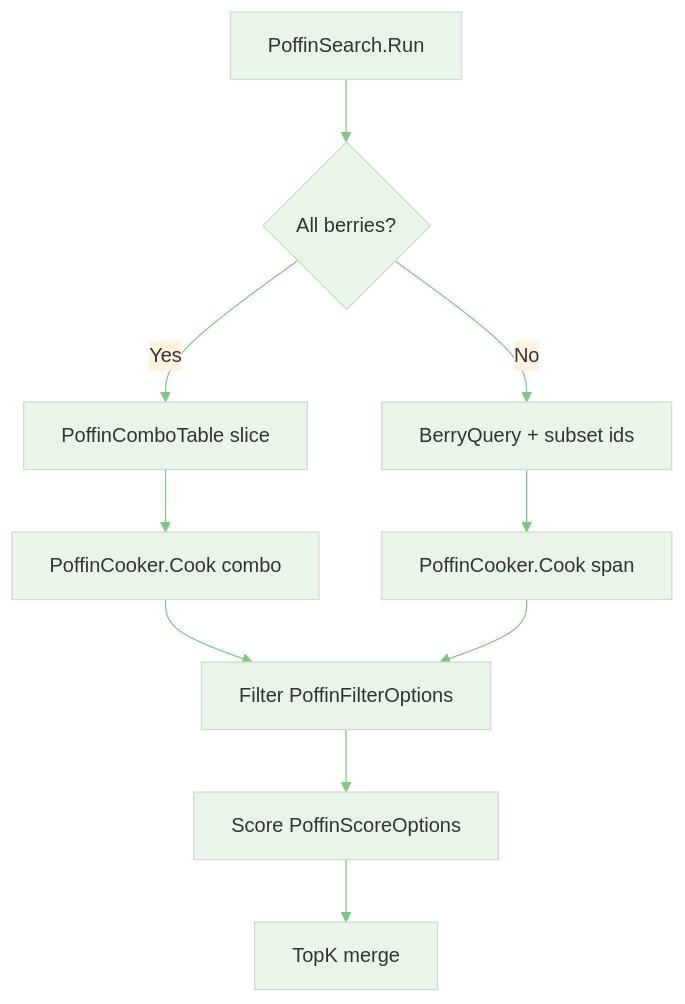
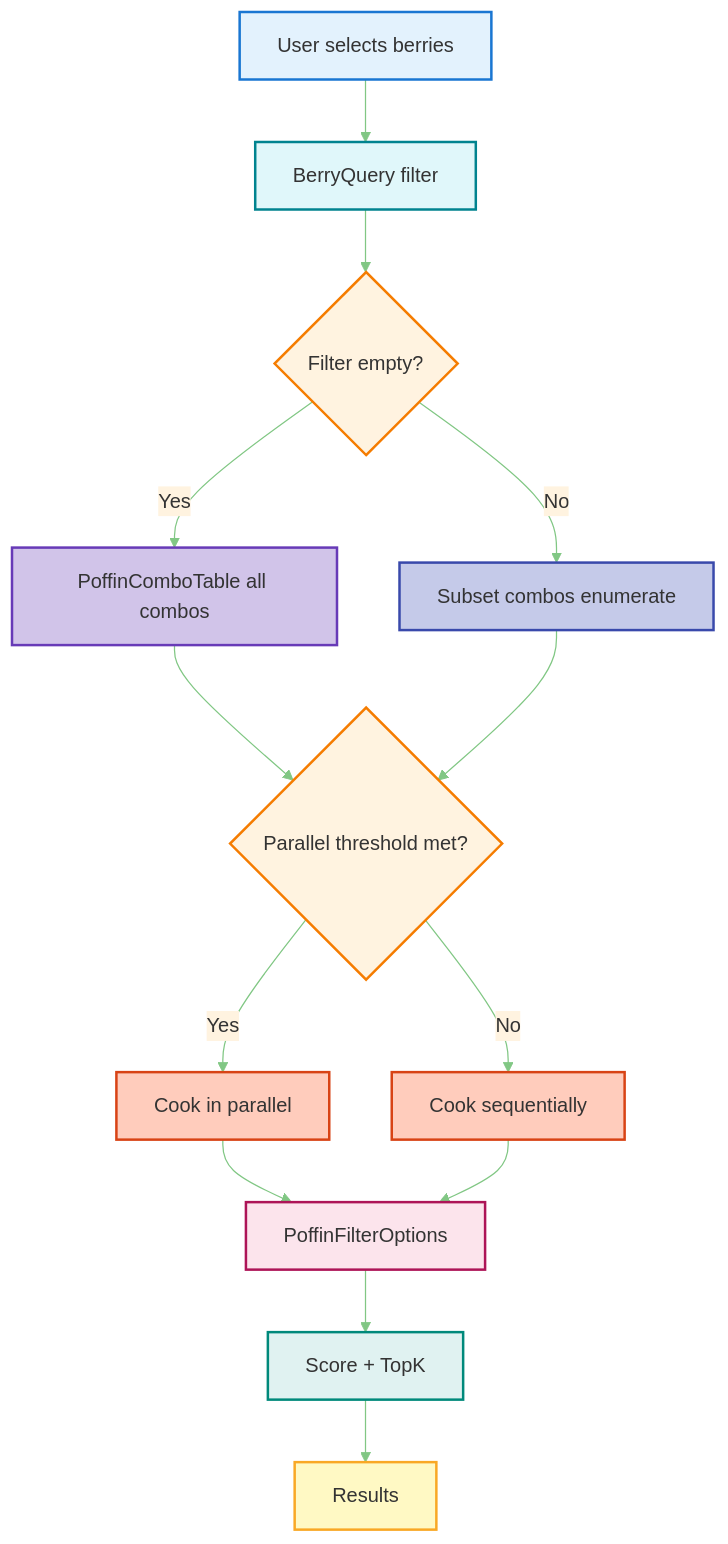
One commit to GlassToeStudio/BDSP changed the third of 4 diagrams in docs/API.Flows.md. Above: the diagram before and after it, drawn with Mermaid. The commit also changed other lines of this file, not shown here.

Commit message:
colorize and arrange diagram.

````diff
--- a/docs/API.Flows.md
+++ b/docs/API.Flows.md
@@ -41,14 +45,29 @@
 ```mermaid
 %%{init: {'theme':'base', 'themeVariables': { 'primaryColor':'#e8f5e9','secondaryColor':'#fff3e0','tertiaryColor':'#e1f5fe', 'lineColor':'#81c784'}, 'themeCSS': '.flowchart-link { stroke-width: 2.5px !important; }'}}%%
 
 flowchart TD
-    A[PoffinSearch.Run] --> B{All berries?}
-    B -->|Yes| C[PoffinComboTable slice]
-    B -->|No| D[BerryQuery + subset ids]
-    C --> E[PoffinCooker.Cook combo]
-    D --> F[PoffinCooker.Cook span]
-    E --> G[Filter PoffinFilterOptions]
-    F --> G
-    G --> H[Score PoffinScoreOptions]
-    H --> I[TopK merge]
+    A[User selects berries] --> B[BerryQuery filter]
+    B --> C{Filter empty?}
+    C -->|Yes| D[PoffinComboTable all combos]
+    C -->|No| E[Subset combos enumerate]
+    D --> F{Parallel threshold met?}
+    E --> F
+    F -->|Yes| G[Cook in parallel]
+    F -->|No| H[Cook sequentially]
+    G --> I[PoffinFilterOptions]
+    H --> I
+    I --> J[Score + TopK]
+    J --> K[Results]
+
+    style A fill:#e3f2fd,stroke:#1976d2,stroke-width:2px
+    style B fill:#e0f7fa,stroke:#00838f,stroke-width:2px
+    style C fill:#fff3e0,stroke:#f57c00,stroke-width:2px
+    style D fill:#d1c4e9,stroke:#673ab7,stroke-width:2px
+    style E fill:#c5cae9,stroke:#3949ab,stroke-width:2px
+    style F fill:#fff3e0,stroke:#f57c00,stroke-width:2px
+    style G fill:#ffccbc,stroke:#d84315,stroke-width:2px
+    style H fill:#ffccbc,stroke:#d84315,stroke-width:2px
+    style I fill:#fce4ec,stroke:#ad1457,stroke-width:2px
+    style J fill:#e0f2f1,stroke:#00897b,stroke-width:2px
+    style K fill:#fff9c4,stroke:#f9a825,stroke-width:2px
 ```
````
